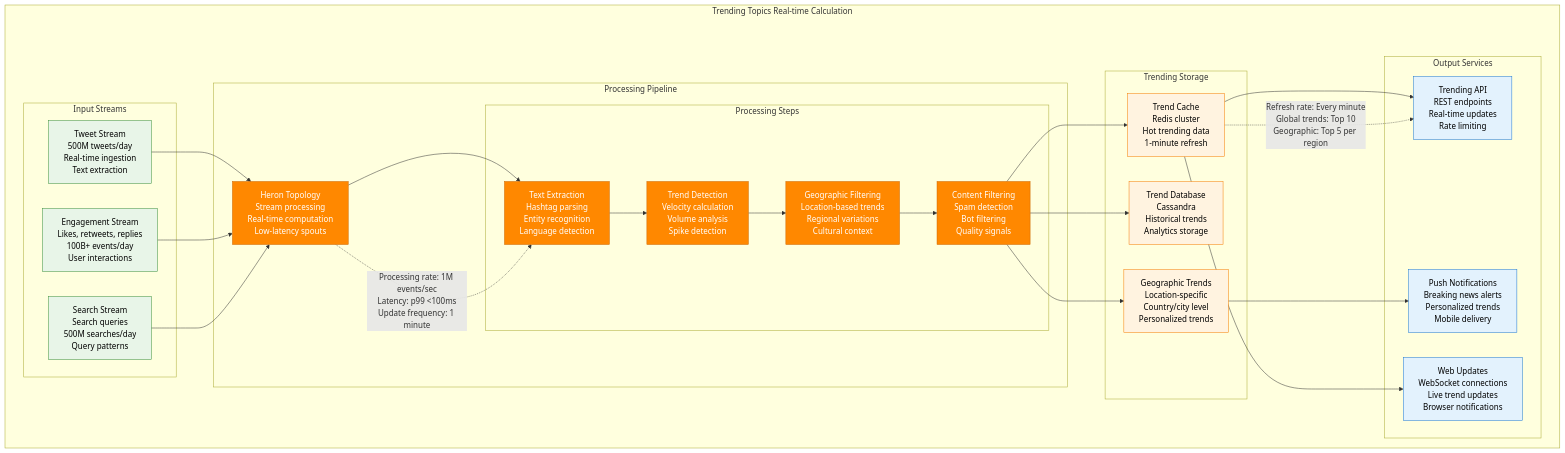
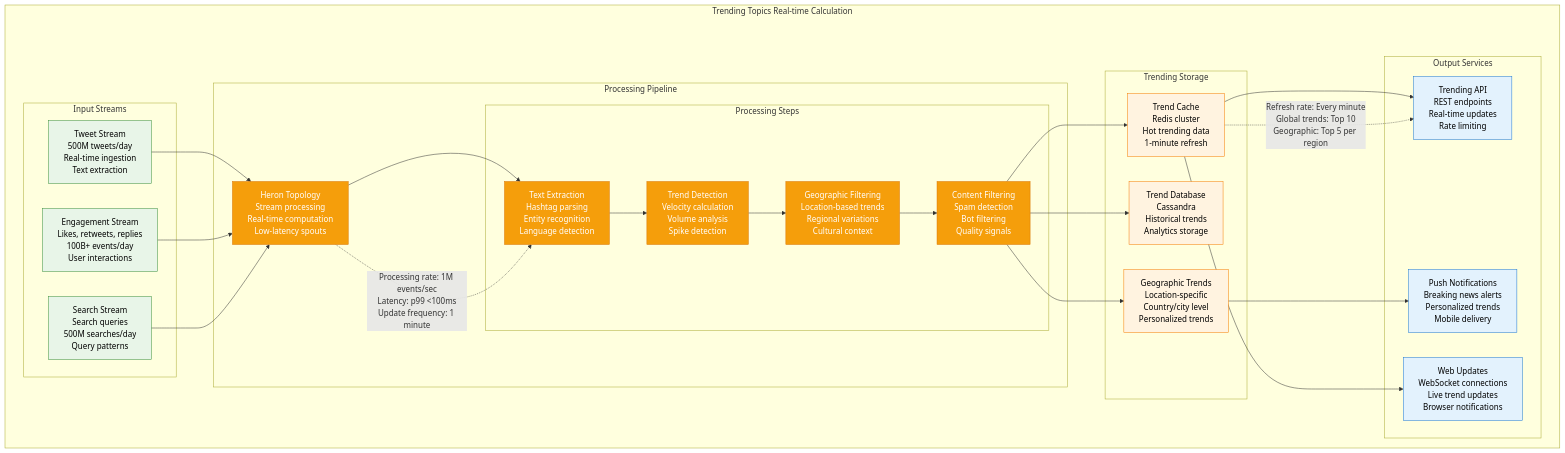
One commit to deepaucksharma/DS changed the fourth of 6 diagrams in site/docs/systems/twitter/request-flow.md. Above: the diagram before and after it, drawn with Mermaid. The commit also changed 303 other files, not shown here.

````diff
--- a/site/docs/systems/twitter/request-flow.md
+++ b/site/docs/systems/twitter/request-flow.md
@@ -177,64 +177,64 @@
 ```mermaid
 graph TB
     subgraph TrendingCalculation[Trending Topics Real-time Calculation]
         subgraph InputStreams[Input Streams]
             TWEET_STREAM[Tweet Stream<br/>500M tweets/day<br/>Real-time ingestion<br/>Text extraction]
             ENGAGEMENT_STREAM[Engagement Stream<br/>Likes, retweets, replies<br/>100B+ events/day<br/>User interactions]
             SEARCH_STREAM[Search Stream<br/>Search queries<br/>500M searches/day<br/>Query patterns]
         end
 
         subgraph ProcessingPipeline[Processing Pipeline]
             HERON_TOPOLOGY[Heron Topology<br/>Stream processing<br/>Real-time computation<br/>Low-latency spouts]
 
             subgraph ProcessingSteps[Processing Steps]
                 TEXT_EXTRACTION[Text Extraction<br/>Hashtag parsing<br/>Entity recognition<br/>Language detection]
                 TREND_DETECTION[Trend Detection<br/>Velocity calculation<br/>Volume analysis<br/>Spike detection]
                 GEOGRAPHIC_FILTERING[Geographic Filtering<br/>Location-based trends<br/>Regional variations<br/>Cultural context]
                 CONTENT_FILTERING[Content Filtering<br/>Spam detection<br/>Bot filtering<br/>Quality signals]
             end
         end
 
         subgraph TrendingStorage[Trending Storage]
             TREND_CACHE[Trend Cache<br/>Redis cluster<br/>Hot trending data<br/>1-minute refresh]
             TREND_DB[Trend Database<br/>Cassandra<br/>Historical trends<br/>Analytics storage]
             GEOGRAPHIC_TRENDS[Geographic Trends<br/>Location-specific<br/>Country/city level<br/>Personalized trends]
         end
 
         subgraph OutputServices[Output Services]
             TREND_API[Trending API<br/>REST endpoints<br/>Real-time updates<br/>Rate limiting]
             PUSH_NOTIFICATIONS[Push Notifications<br/>Breaking news alerts<br/>Personalized trends<br/>Mobile delivery]
             WEB_UPDATES[Web Updates<br/>WebSocket connections<br/>Live trend updates<br/>Browser notifications]
         end
     end
 
     TWEET_STREAM --> HERON_TOPOLOGY
     ENGAGEMENT_STREAM --> HERON_TOPOLOGY
     SEARCH_STREAM --> HERON_TOPOLOGY
 
     HERON_TOPOLOGY --> TEXT_EXTRACTION
     TEXT_EXTRACTION --> TREND_DETECTION
     TREND_DETECTION --> GEOGRAPHIC_FILTERING
     GEOGRAPHIC_FILTERING --> CONTENT_FILTERING
 
     CONTENT_FILTERING --> TREND_CACHE
     CONTENT_FILTERING --> TREND_DB
     CONTENT_FILTERING --> GEOGRAPHIC_TRENDS
 
     TREND_CACHE --> TREND_API
     GEOGRAPHIC_TRENDS --> PUSH_NOTIFICATIONS
     TREND_CACHE --> WEB_UPDATES
 
     %% Performance annotations
     HERON_TOPOLOGY -.->|"Processing rate: 1M events/sec<br/>Latency: p99 <100ms<br/>Update frequency: 1 minute"| TEXT_EXTRACTION
     TREND_CACHE -.->|"Refresh rate: Every minute<br/>Global trends: Top 10<br/>Geographic: Top 5 per region"| TREND_API
 
     classDef inputStyle fill:#E8F5E8,stroke:#388E3C,color:#000
-    classDef processStyle fill:#FF8800,stroke:#CC6600,color:#fff
+    classDef processStyle fill:#F59E0B,stroke:#D97706,color:#fff
     classDef storageStyle fill:#FFF3E0,stroke:#F57C00,color:#000
     classDef outputStyle fill:#E3F2FD,stroke:#1976D2,color:#000
 
     class TWEET_STREAM,ENGAGEMENT_STREAM,SEARCH_STREAM inputStyle
     class HERON_TOPOLOGY,TEXT_EXTRACTION,TREND_DETECTION,GEOGRAPHIC_FILTERING,CONTENT_FILTERING processStyle
     class TREND_CACHE,TREND_DB,GEOGRAPHIC_TRENDS storageStyle
     class TREND_API,PUSH_NOTIFICATIONS,WEB_UPDATES outputStyle
 ```
````
